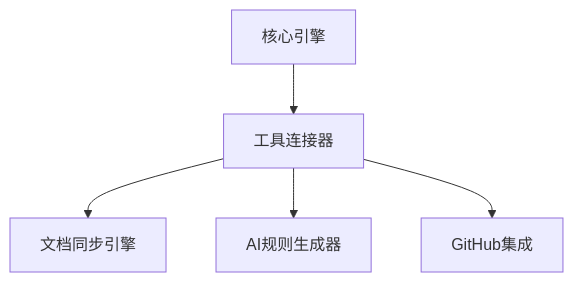
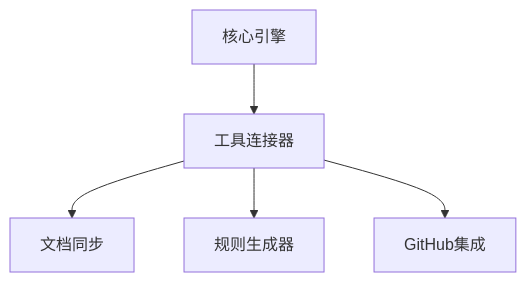
One commit to jacobcy/VibeCopilot changed the diagram in docs/dev/guides/tool_connector_module.md. Above: the diagram before and after it, drawn with Mermaid. The commit also changed other lines of this file and 63 other files, not shown here.

````diff
--- a/docs/dev/guides/tool_connector_module.md
+++ b/docs/dev/guides/tool_connector_module.md
@@ -23,7 +24,7 @@
 ```mermaid
 graph TD
     Core[核心引擎] --> Tools[工具连接器]
-    Tools --> DocSync[文档同步引擎]
-    Tools --> AIRules[AI规则生成器]
+    Tools --> DocSync[文档同步]
+    Tools --> AIRules[规则生成器]
     Tools --> GitHub[GitHub集成]
 ```
````
